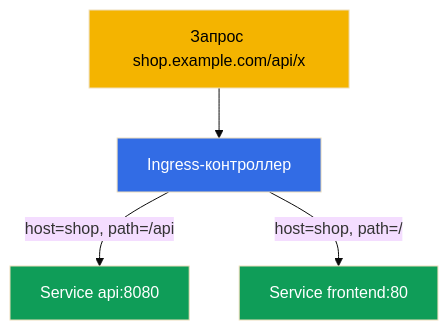
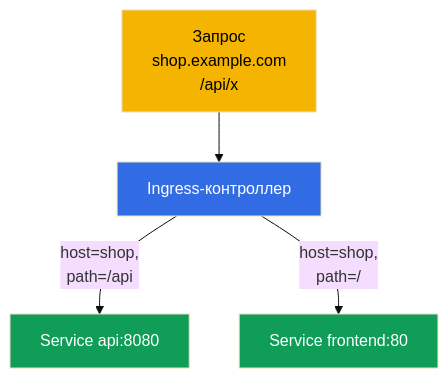
The fourth of 7 diagrams in tasks/cka/course/32/ru.md (ViktorUJ/cks), drawn with Mermaid (base theme) before and after one commit. The commit also changed other lines of this file and 30 other files, not shown here.

````diff
--- a/tasks/cka/course/32/ru.md
+++ b/tasks/cka/course/32/ru.md
@@ -111,11 +172,11 @@
 ```mermaid
 flowchart TB
-    req["Запрос shop.example.com/api/x"]
+    req["Запрос<br>shop.example.com<br>/api/x"]
     req --> ing["Ingress-контроллер"]
-    ing -->|"host=shop, path=/api"| api["Service api:8080"]
-    ing -->|"host=shop, path=/"| fe["Service frontend:80"]
+    ing -->|"host=shop,<br>path=/api"| api["Service api:8080"]
+    ing -->|"host=shop,<br>path=/"| fe["Service frontend:80"]
     style req fill:#f4b400,color:#000
     style ing fill:#326ce5,color:#fff
     style api fill:#0f9d58,color:#fff
     style fe fill:#0f9d58,color:#fff
 ```
````
